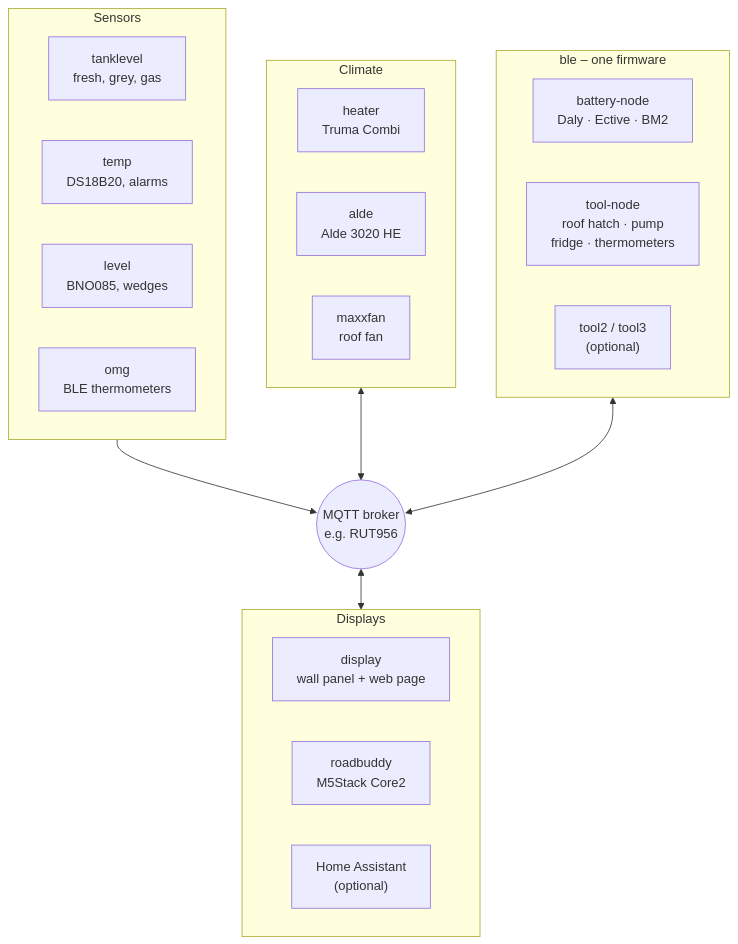
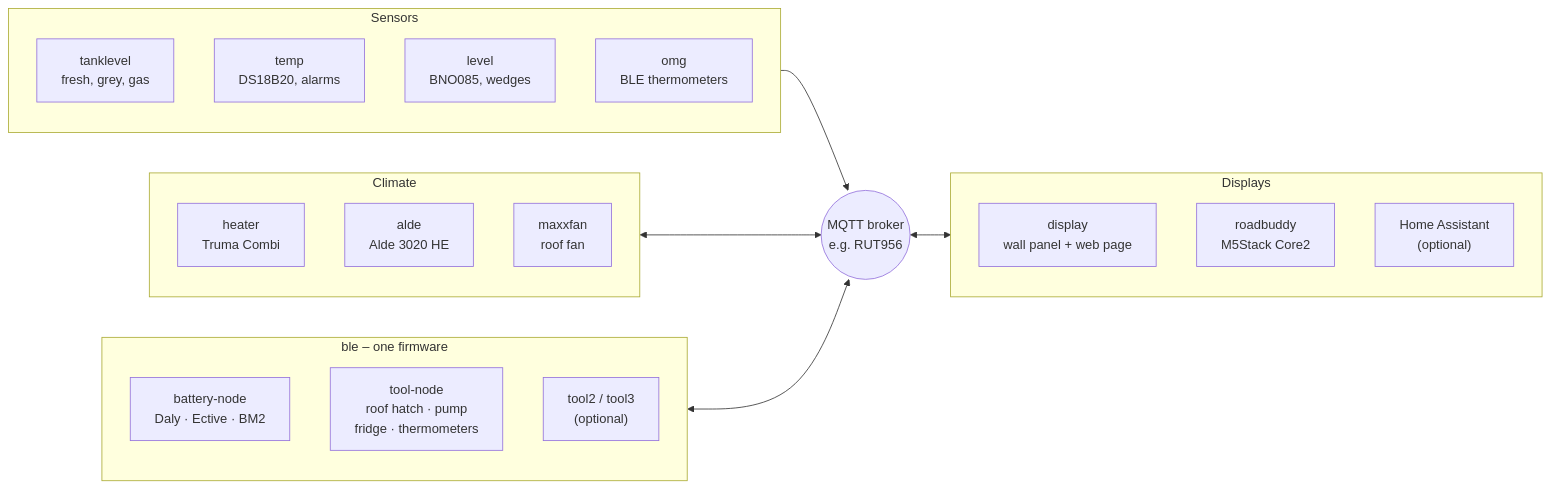
The diagram in README.md (hflocki/vannode), drawn with Mermaid before and after one commit. The commit also changed 1 other file, not shown here.

Commit message:
README: diagram left to right again, groups stacked (readable size)

````diff
--- a/README.md
+++ b/README.md
@@ -29,29 +29,33 @@
 ```mermaid
-flowchart TB
+flowchart LR
   subgraph sens["Sensors"]
+    direction TB
     tank["tanklevel<br/>fresh, grey, gas"]
     temp["temp<br/>DS18B20, alarms"]
     level["level<br/>BNO085, wedges"]
     omg["omg<br/>BLE thermometers"]
   end
   subgraph clim["Climate"]
+    direction TB
     heater["heater<br/>Truma Combi"]
     alde["alde<br/>Alde 3020 HE"]
     fan["maxxfan<br/>roof fan"]
   end
   subgraph ble["ble – one firmware"]
+    direction TB
     bat["battery-node<br/>Daly · Ective · BM2"]
     tool["tool-node<br/>roof hatch · pump<br/>fridge · thermometers"]
     more["tool2 / tool3<br/>(optional)"]
   end
   broker(("MQTT broker<br/>e.g. RUT956"))
   subgraph ui["Displays"]
+    direction TB
     display["display<br/>wall panel + web page"]
     rb["roadbuddy<br/>M5Stack Core2"]
     ha["Home Assistant<br/>(optional)"]
   end
   sens --> broker
   clim <--> broker
   ble <--> broker
   broker <--> ui
 ```
````
